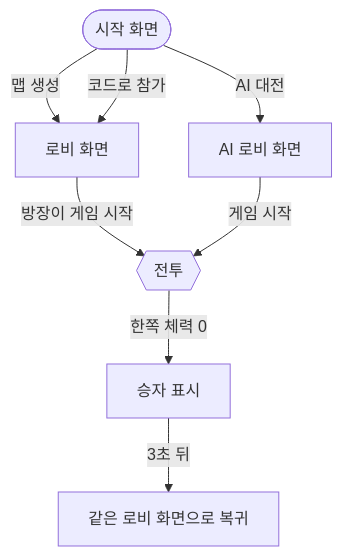
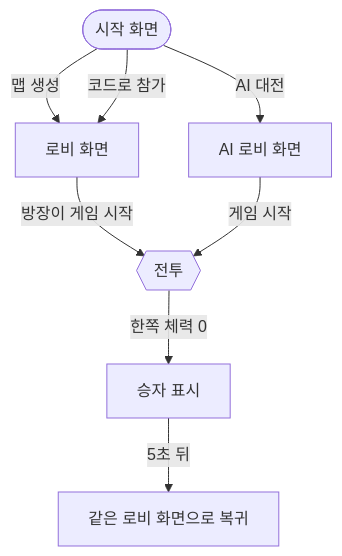
One commit to rkwnsdud/Wizard-Duel changed the first of 2 diagrams in README.md. Above: the diagram before and after it, drawn with Mermaid. The commit also changed other lines of this file and 7 other files, not shown here.

````diff
--- a/README.md
+++ b/README.md
@@ -60,10 +60,10 @@
 ```mermaid
 flowchart TD
     S([시작 화면]) -->|맵 생성| L[로비 화면]
     S -->|코드로 참가| L
     S -->|AI 대전| A[AI 로비 화면]
     L -->|방장이 게임 시작| B{{전투}}
     A -->|게임 시작| B
     B -->|한쪽 체력 0| R[승자 표시]
-    R -->|3초 뒤| L2[같은 로비 화면으로 복귀]
+    R -->|5초 뒤| L2[같은 로비 화면으로 복귀]
 ```
````
